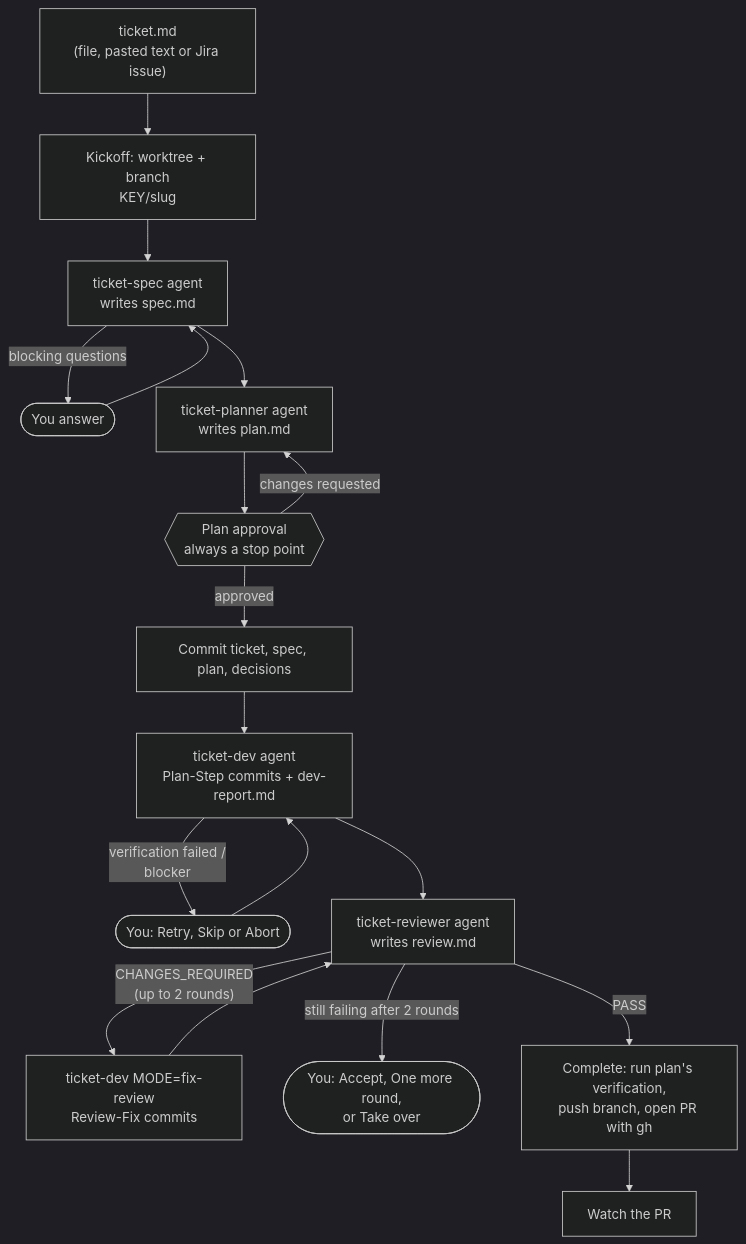
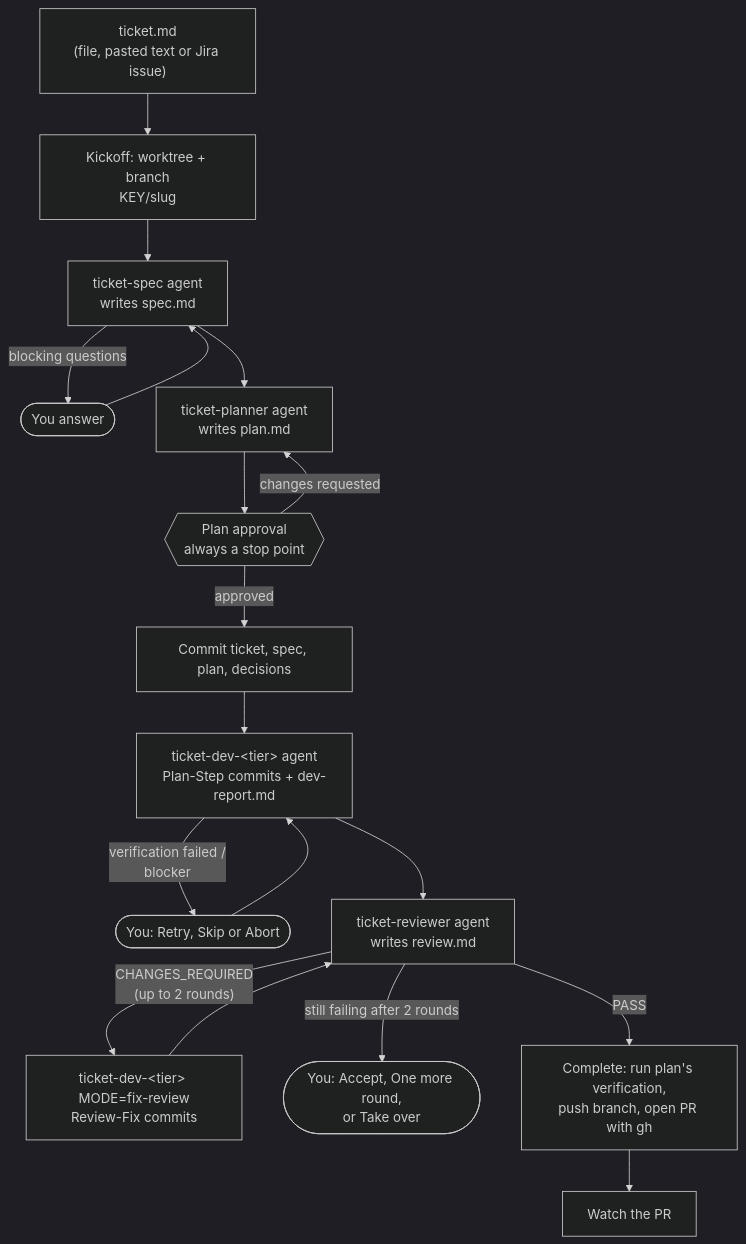
One commit to andy-sem/gep-claude-marketplace changed the first of 5 diagrams in plugins/gated-dev-simple-workflow/README.md. Above: the diagram before and after it, drawn with Mermaid (dark theme). The commit also changed other lines of this file and 3 other files, not shown here.

````diff
--- a/plugins/gated-dev-simple-workflow/README.md
+++ b/plugins/gated-dev-simple-workflow/README.md
@@ -31,20 +31,20 @@
 ```mermaid
 flowchart TD
     T["ticket.md<br/>(file, pasted text or Jira issue)"] --> K["Kickoff: worktree + branch<br/>KEY/slug"]
     K --> S["ticket-spec agent<br/>writes spec.md"]
     S -->|"blocking questions"| Q1(["You answer"])
     Q1 --> S
     S --> P["ticket-planner agent<br/>writes plan.md"]
     P --> A{{"Plan approval<br/>always a stop point"}}
     A -->|"changes requested"| P
     A -->|"approved"| C["Commit ticket, spec, plan, decisions"]
-    C --> D["ticket-dev agent<br/>Plan-Step commits + dev-report.md"]
+    C --> D["ticket-dev-&lt;tier&gt; agent<br/>Plan-Step commits + dev-report.md"]
     D -->|"verification failed /<br/>blocker"| Q2(["You: Retry, Skip or Abort"])
     Q2 --> D
     D --> R["ticket-reviewer agent<br/>writes review.md"]
-    R -->|"CHANGES_REQUIRED<br/>(up to 2 rounds)"| F["ticket-dev MODE=fix-review<br/>Review-Fix commits"]
+    R -->|"CHANGES_REQUIRED<br/>(up to 2 rounds)"| F["ticket-dev-&lt;tier&gt; MODE=fix-review<br/>Review-Fix commits"]
     F --> R
     R -->|"still failing after 2 rounds"| Q3(["You: Accept, One more round,<br/>or Take over"])
     R -->|"PASS"| V["Complete: run plan's verification,<br/>push branch, open PR with gh"]
     V --> W["Watch the PR"]
 ```
````
